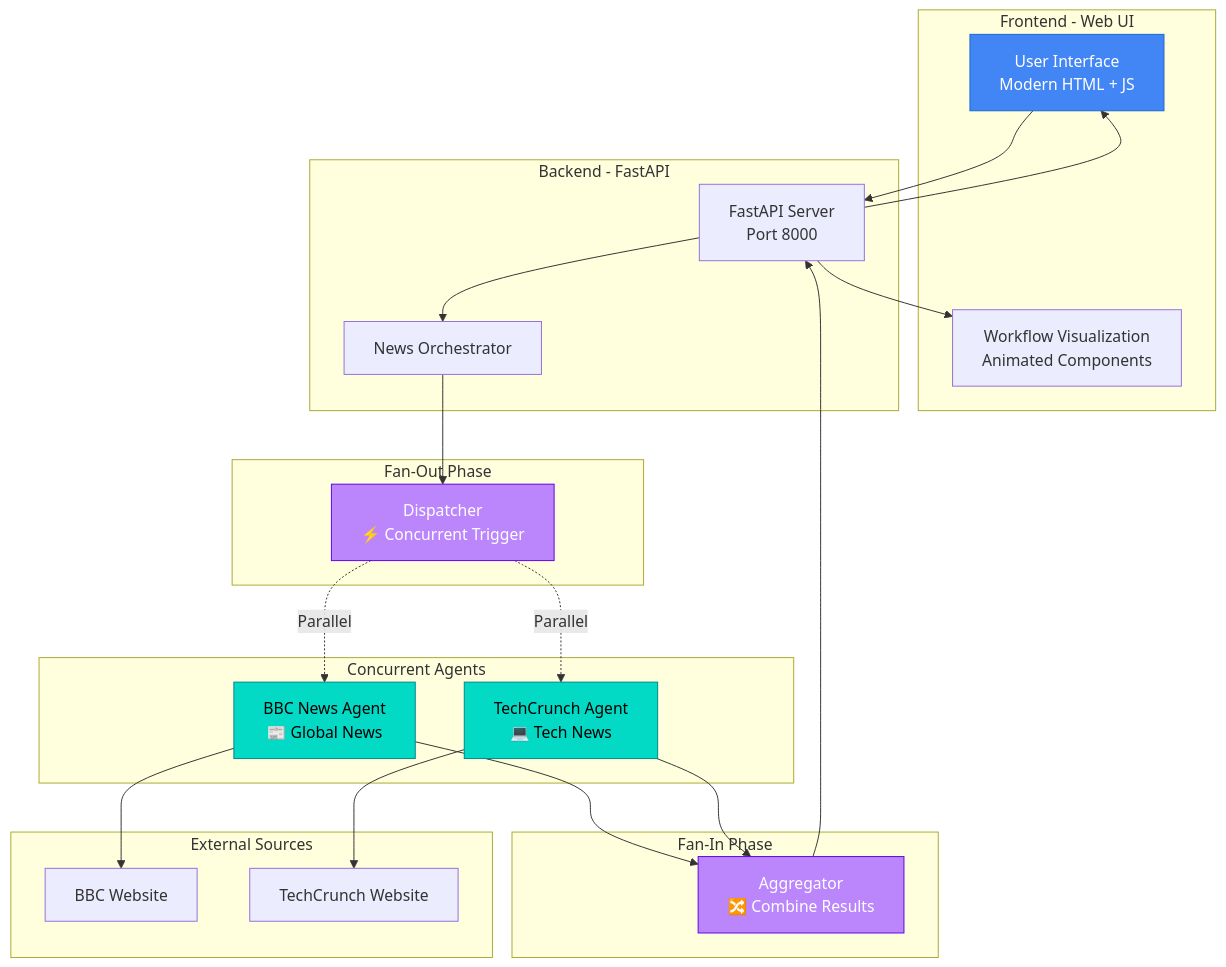
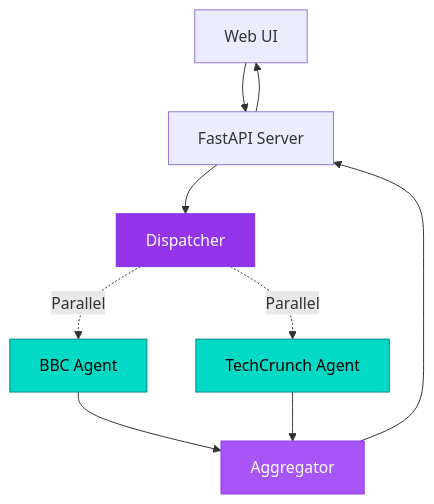
One commit to khanasif1/demo-microsoft-agent-framework changed the second of 4 diagrams in _src/README.md. Above: the diagram before and after it, drawn with Mermaid. The commit also changed other lines of this file, not shown here.

````diff
--- a/_src/README.md
+++ b/_src/README.md
@@ -83,49 +35,16 @@
 ```mermaid
 graph TB
-    subgraph "Frontend - Web UI"
-        UI[User Interface<br/>Modern HTML + JS]
-        VIZ[Workflow Visualization<br/>Animated Components]
-    end
+    A[Web UI] --> B[FastAPI Server]
+    B --> C[Dispatcher]
+    C -.->|Parallel| D[BBC Agent]
+    C -.->|Parallel| E[TechCrunch Agent]
+    D --> F[Aggregator]
+    E --> F
+    F --> B
+    B --> A
     
-    subgraph "Backend - FastAPI"
-        API[FastAPI Server<br/>Port 8000]
-        ORCH[News Orchestrator]
-    end
-    
-    subgraph "Fan-Out Phase"
-        DISPATCH[Dispatcher<br/>⚡ Concurrent Trigger]
-    end
-    
-    subgraph "Concurrent Agents"
-        BBC[BBC News Agent<br/>📰 Global News]
-        TECH[TechCrunch Agent<br/>💻 Tech News]
-    end
-    
-    subgraph "Fan-In Phase"
-        AGG[Aggregator<br/>🔀 Combine Results]
-    end
-    
-    subgraph "External Sources"
-        BBCWEB[BBC Website]
-        TECHWEB[TechCrunch Website]
-    end
-    
-    UI --> API
-    API --> ORCH
-    ORCH --> DISPATCH
-    DISPATCH -.->|Parallel| BBC
-    DISPATCH -.->|Parallel| TECH
-    BBC --> BBCWEB
-    TECH --> TECHWEB
-    BBC --> AGG
-    TECH --> AGG
-    AGG --> API
-    API --> UI
-    API --> VIZ
-    
-    style DISPATCH fill:#bb86fc,stroke:#6200ea,color:#fff
-    style BBC fill:#03dac6,stroke:#018786,color:#000
-    style TECH fill:#03dac6,stroke:#018786,color:#000
-    style AGG fill:#bb86fc,stroke:#6200ea,color:#fff
-    style UI fill:#4285f4,stroke:#1967d2,color:#fff
+    style C fill:#9333EA,stroke:#7C3AED,color:#fff
+    style D fill:#03dac6,stroke:#018786,color:#000
+    style E fill:#03dac6,stroke:#018786,color:#000
+    style F fill:#A855F7,stroke:#9333EA,color:#fff
 ```
````
